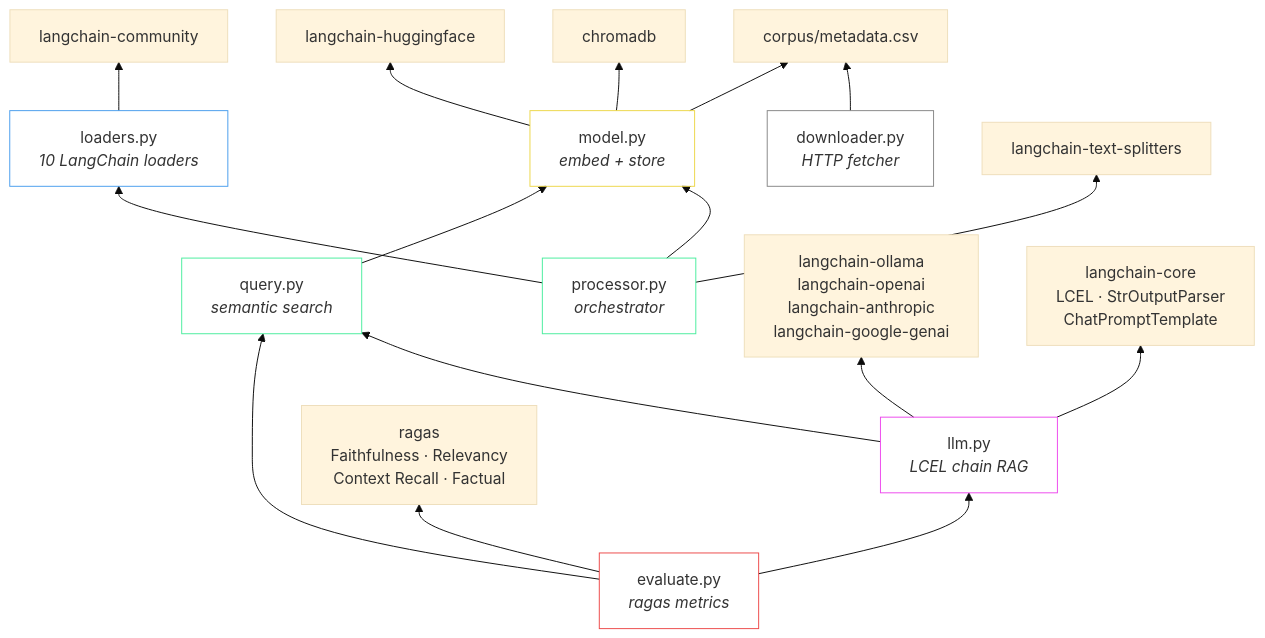
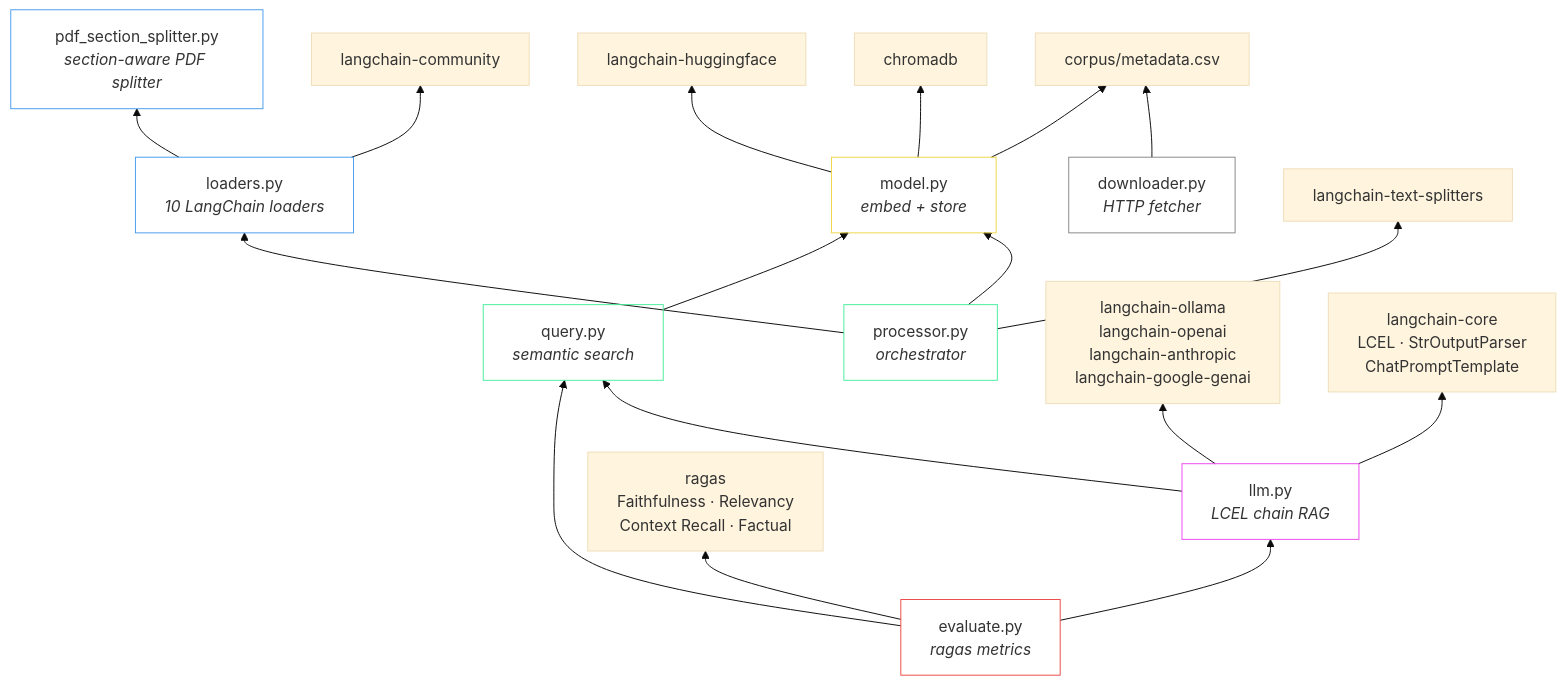
Before and after one commit to garthmortensen/rag_v1: the fifth of 5 diagrams in docs/architecture.md, drawn with Mermaid (base theme). The commit also changed other lines of this file and 5 other files, not shown here.

````diff
--- a/docs/architecture.md
+++ b/docs/architecture.md
@@ -381,42 +386,45 @@
 ```mermaid
 graph BT
     PROC["processor.py<br/><i>orchestrator</i>"]
     LOAD["loaders.py<br/><i>10 LangChain loaders</i>"]
+    PDFSEC["pdf_section_splitter.py<br/><i>section-aware PDF splitter</i>"]
     MODEL["model.py<br/><i>embed + store</i>"]
     DL["downloader.py<br/><i>HTTP fetcher</i>"]
     QUERY["query.py<br/><i>semantic search</i>"]
     GEN["llm.py<br/><i>LCEL chain RAG</i>"]
     EVAL["evaluate.py<br/><i>ragas metrics</i>"]
 
     LC_SPLIT["langchain-text-splitters"]
     LC_COMM["langchain-community"]
     LC_HF["langchain-huggingface"]
     LC_OL["langchain-ollama<br/>langchain-openai<br/>langchain-anthropic<br/>langchain-google-genai"]
     LC_CORE["langchain-core<br/>LCEL · StrOutputParser<br/>ChatPromptTemplate"]
     CHROMA["chromadb"]
     RAGAS["ragas<br/>Faithfulness · Relevancy<br/>Context Recall · Factual"]
 
     PROC --> LOAD
     PROC --> MODEL
+    LOAD --> PDFSEC
     LOAD --> LC_COMM
     PROC --> LC_SPLIT
     MODEL --> LC_HF
     MODEL --> CHROMA
     QUERY --> MODEL
     GEN --> QUERY
     GEN --> LC_OL
     GEN --> LC_CORE
     EVAL --> GEN
     EVAL --> QUERY
     EVAL --> RAGAS
     DL --> META_CSV["corpus/metadata.csv"]
     MODEL --> META_CSV
 
     style PROC fill:none,stroke:#4aed9e
     style LOAD fill:none,stroke:#4a9eed
+    style PDFSEC fill:none,stroke:#4a9eed
     style MODEL fill:none,stroke:#edd74a
     style DL fill:none,stroke:#888
     style QUERY fill:none,stroke:#4aed9e
     style GEN fill:none,stroke:#ed4aed
     style EVAL fill:none,stroke:#ed4a4a
 ```
````
